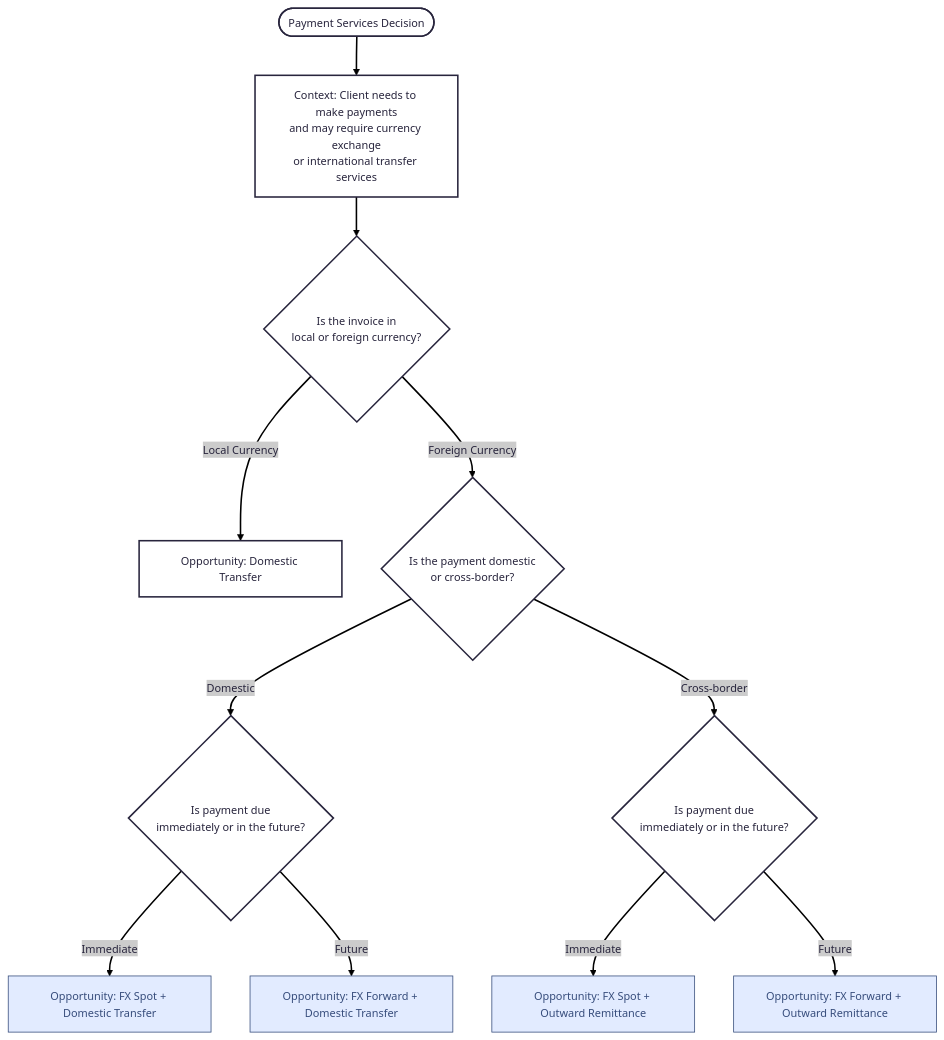
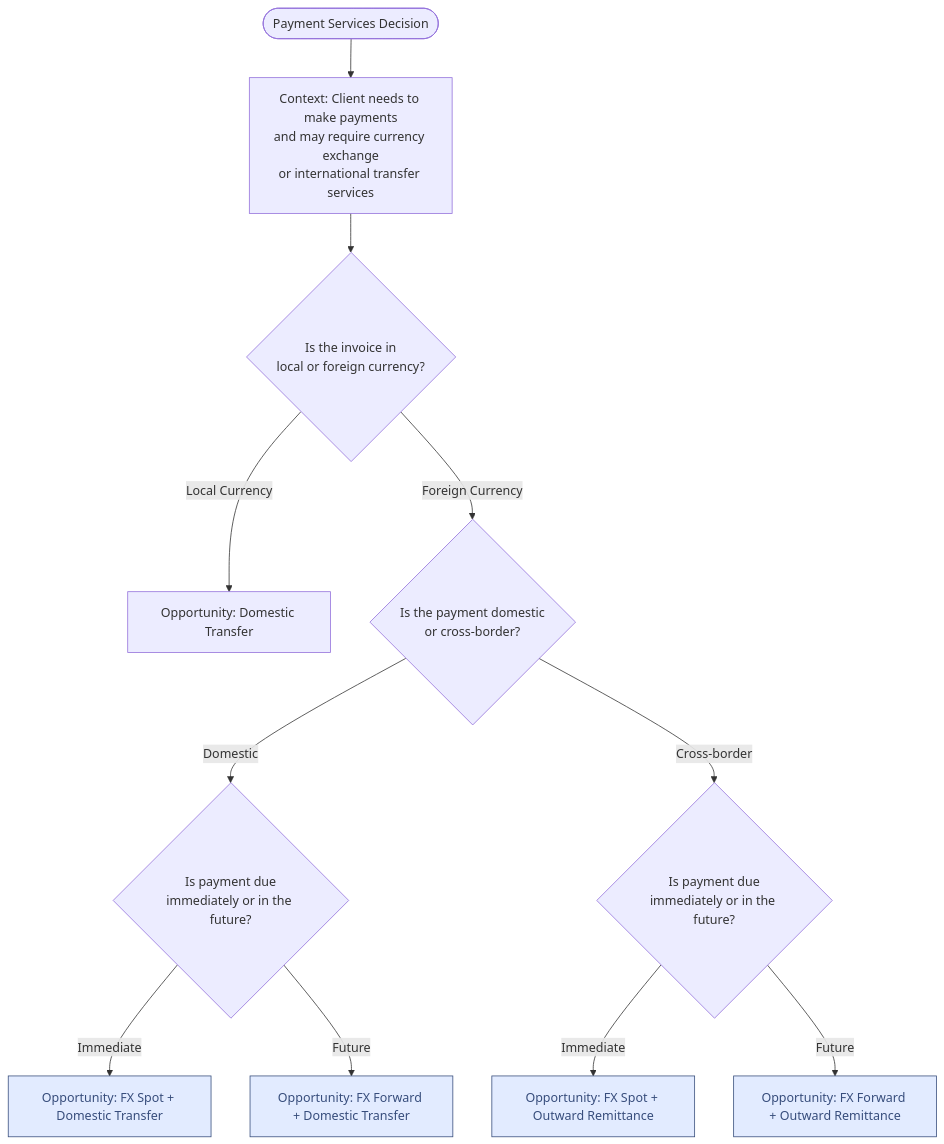
The diagram in tvc_decision_trees/payment_services_trees/payment_services_tree.md (sage-develop/why), drawn with Mermaid before and after one commit. The commit also changed 2 other files, not shown here.

Commit message:
update oa and root tree

````diff
--- a/tvc_decision_trees/payment_services_trees/payment_services_tree.md
+++ b/tvc_decision_trees/payment_services_trees/payment_services_tree.md
@@ -22,22 +22,18 @@
 ```mermaid
----
-config:
-  theme: redux
----
 flowchart TD
     Start(["Payment Services Decision"]) --> Context["Context: Client needs to make payments<br>and may require currency exchange<br>or international transfer services"]
     Context --> Q1{"Is the invoice in<br>local or foreign currency?"}
     Q1 -- Local Currency --> DT["Opportunity: Domestic Transfer"]
     Q1 -- Foreign Currency --> Q2{"Is the payment domestic<br>or cross-border?"}
     Q2 -- Domestic --> Q3{"Is payment due<br>immediately or in the future?"}
     Q2 -- "Cross-border" --> Q4{"Is payment due<br>immediately or in the future?"}
     Q3 -- Immediate --> FXS1["Opportunity: FX Spot + Domestic Transfer"]
     Q3 -- Future --> FXF1["Opportunity: FX Forward + Domestic Transfer"]
     Q4 -- Immediate --> FXS2["Opportunity: FX Spot + Outward Remittance"]
     Q4 -- Future --> FXF2["Opportunity: FX Forward + Outward Remittance"]
      FXS1:::Sky
      FXF1:::Sky
      FXS2:::Sky
      FXF2:::Sky
     classDef Sky stroke-width:1px, stroke-dasharray:none, stroke:#374D7C, fill:#E2EBFF, color:#374D7C
 ```
````
